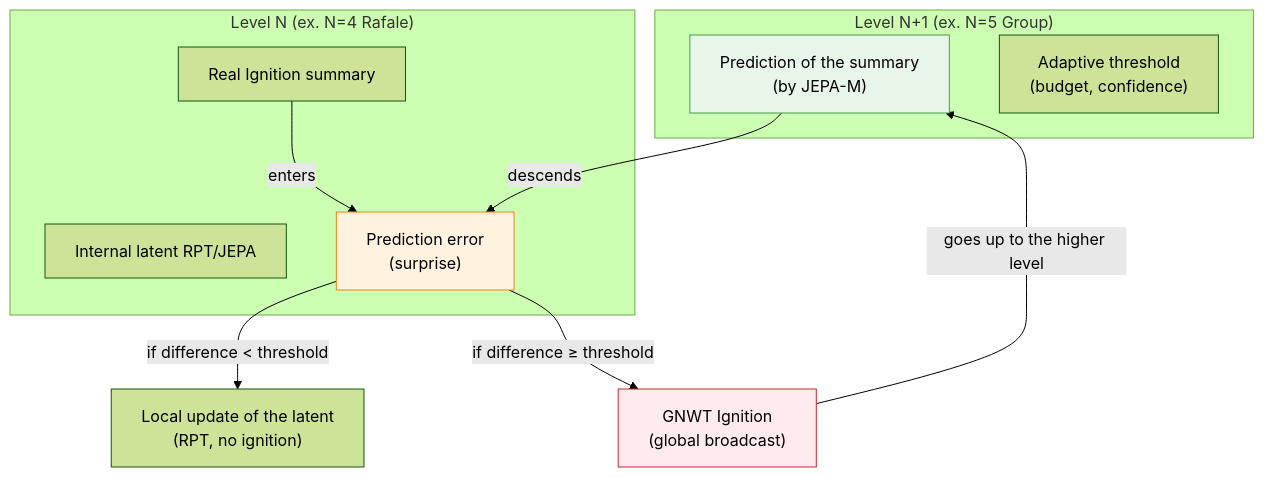
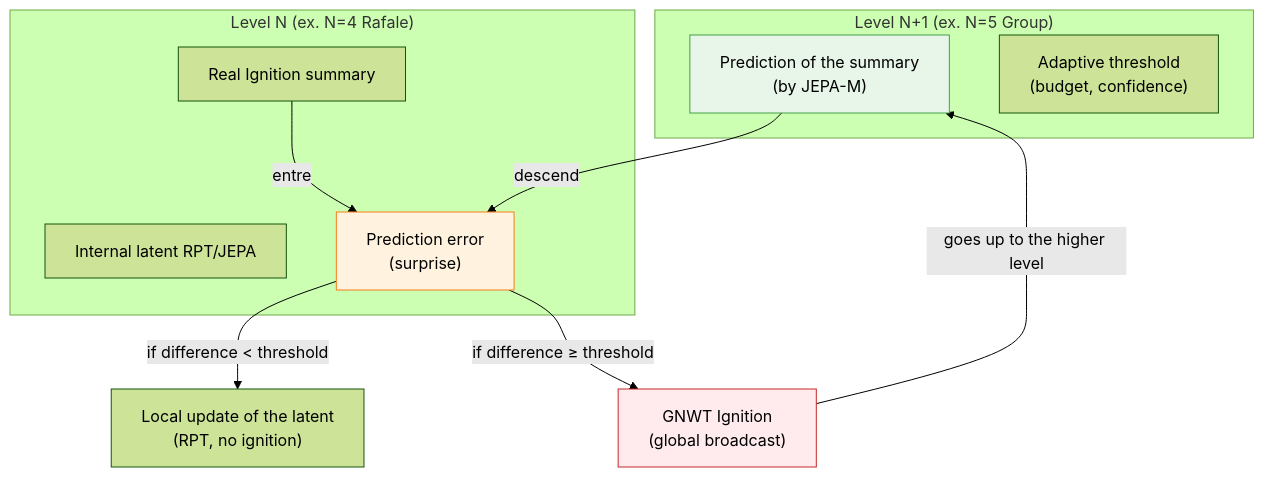
The third of 6 diagrams in concepts/concepts.md (AlainCo/GNWT-Garrigue-X-en), drawn with Mermaid (forest theme) before and after one commit. The commit also changed other lines of this file and 20 other files, not shown here.

````diff
--- a/concepts/concepts.md
+++ b/concepts/concepts.md
@@ -124,24 +124,24 @@
 ```mermaid
 flowchart TD
     subgraph NiveauSup ["Level N+1 (ex. N=5 Group)"]
         Pred["Prediction of the summary\n(by JEPA-M)"]
         Seuil["Adaptive threshold\n(budget, confidence)"]
     end
 
     subgraph NiveauInf ["Level N (ex. N=4 Rafale)"]
         Latent["Internal latent RPT/JEPA"]
         Ignition["Real Ignition summary"]
         Erreur["Prediction error\n(surprise)"]
     end
 
-    Pred -->|"descends"| Erreur
-    Ignition -->|"enters"| Erreur
+    Pred -->|"descend"| Erreur
+    Ignition -->|"entre"| Erreur
     Erreur -->|"if difference < threshold"| MiseAJour["Local update of the latent\n(RPT, no ignition)"]
     Erreur -->|"if difference ≥ threshold"| GNWT["GNWT Ignition\n(global broadcast)"]
 
     GNWT -->|"goes up to the higher level"| Pred
 
     style Pred fill:#e8f5e9,stroke:#43a047
     style Erreur fill:#fff3e0,stroke:#f57f17
     style GNWT fill:#ffebee,stroke:#c62828
 ```
````
